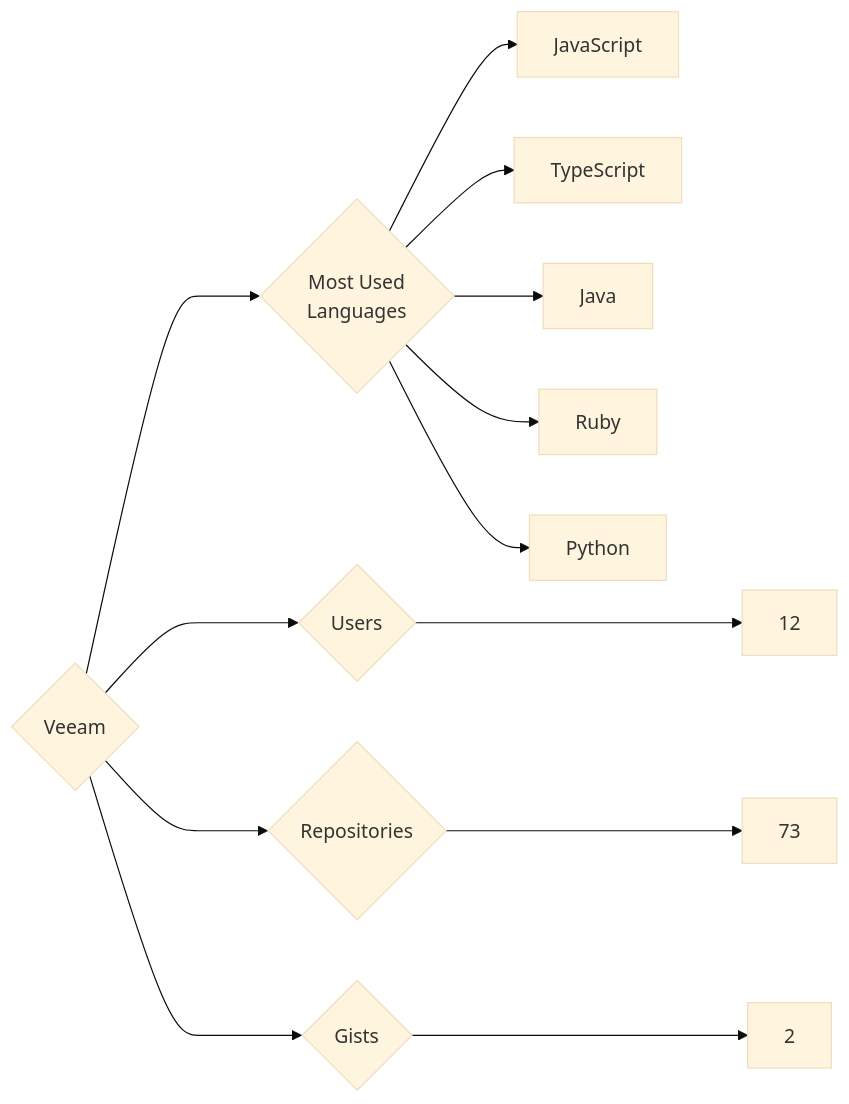
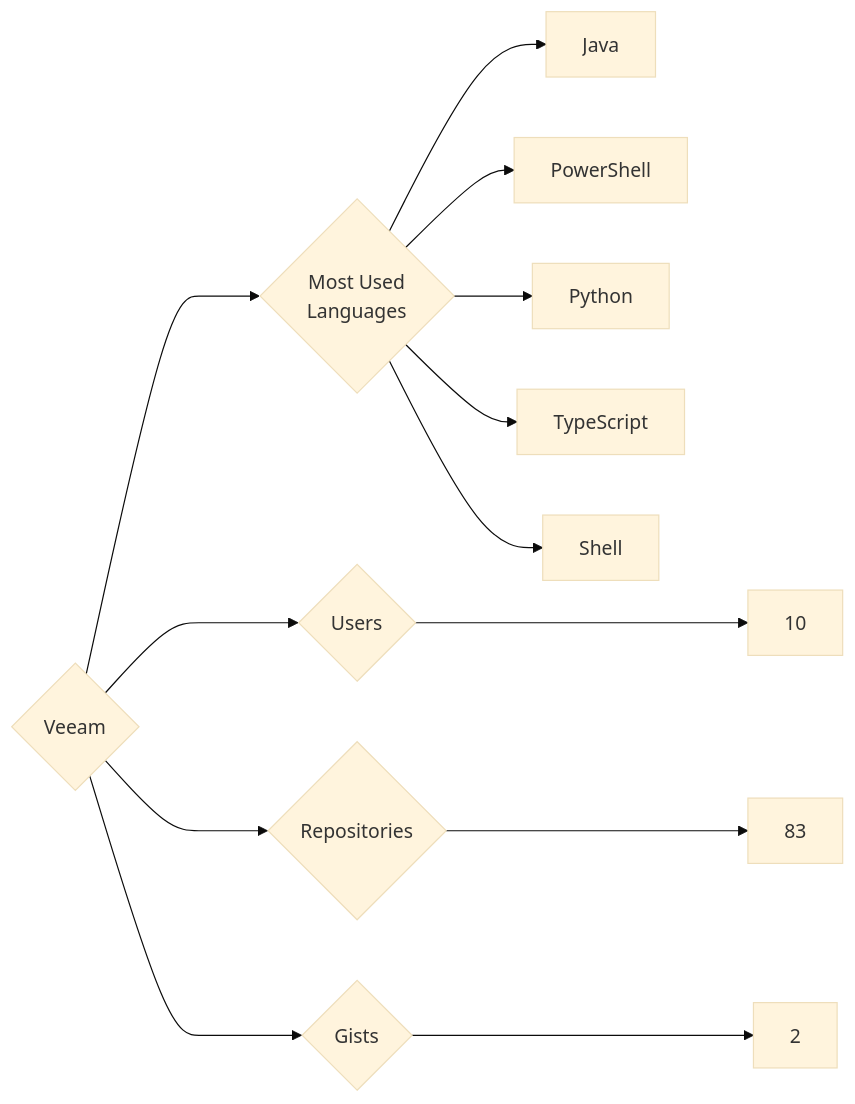
The diagram in targets/Veeam/README.md (trickest/insiders), drawn with Mermaid (base theme) before and after one commit. The commit also changed 806 other files, not shown here.

````diff
--- a/targets/Veeam/README.md
+++ b/targets/Veeam/README.md
@@ -3,13 +3,13 @@
 ```mermaid
 graph LR
 COMPANY_NAME{Veeam}
-COMPANY_NAME ---> U{Users} ---> UN[12]
-COMPANY_NAME ---> R{Repositories} ---> RN[73]
+COMPANY_NAME ---> U{Users} ---> UN[10]
+COMPANY_NAME ---> R{Repositories} ---> RN[83]
 COMPANY_NAME ---> G{Gists} ---> GN[2]
 COMPANY_NAME ---> ML{Most Used<br>Languages}
-ML --> JavaScript[JavaScript]
+ML --> Java[Java]
+ML --> PowerShell[PowerShell]
+ML --> Python[Python]
 ML --> TypeScript[TypeScript]
-ML --> Java[Java]
-ML --> Ruby[Ruby]
-ML --> Python[Python]
+ML --> Shell[Shell]
 ```
````
